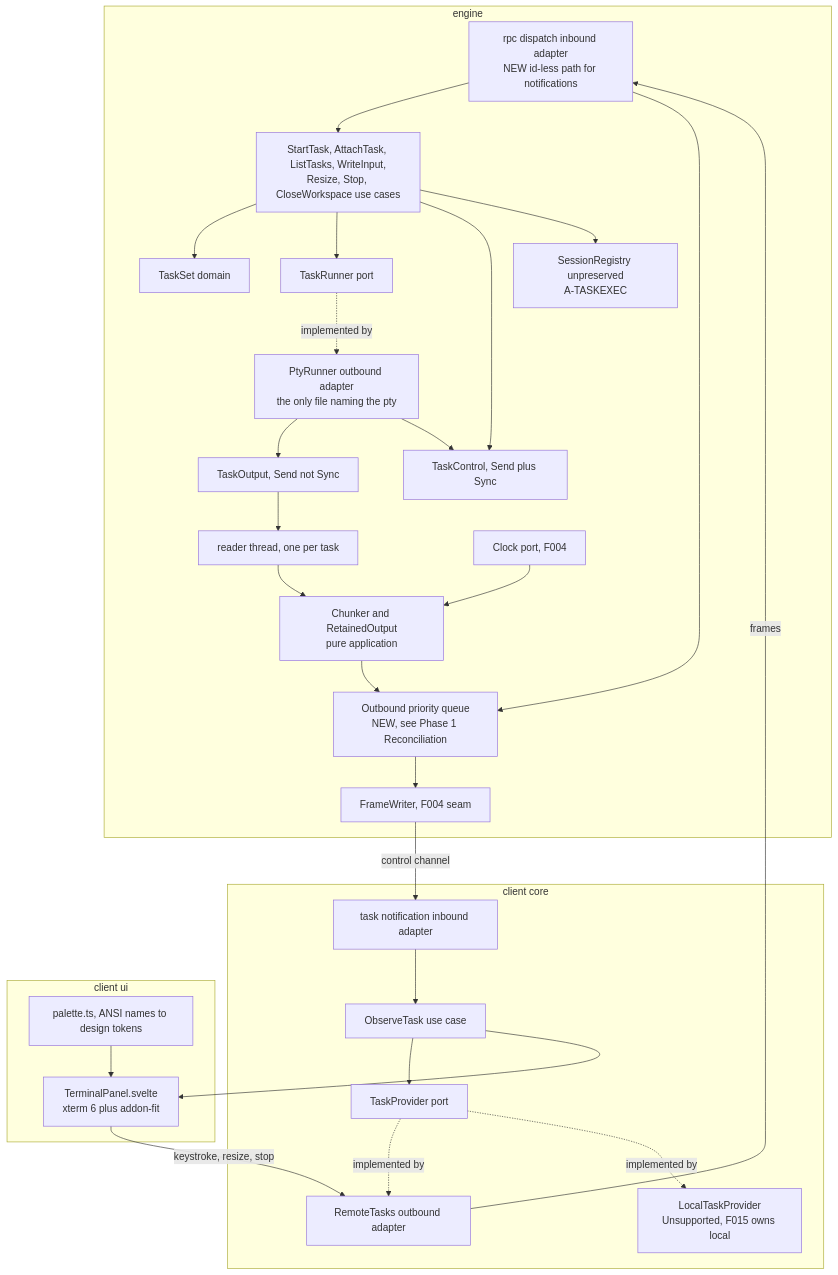
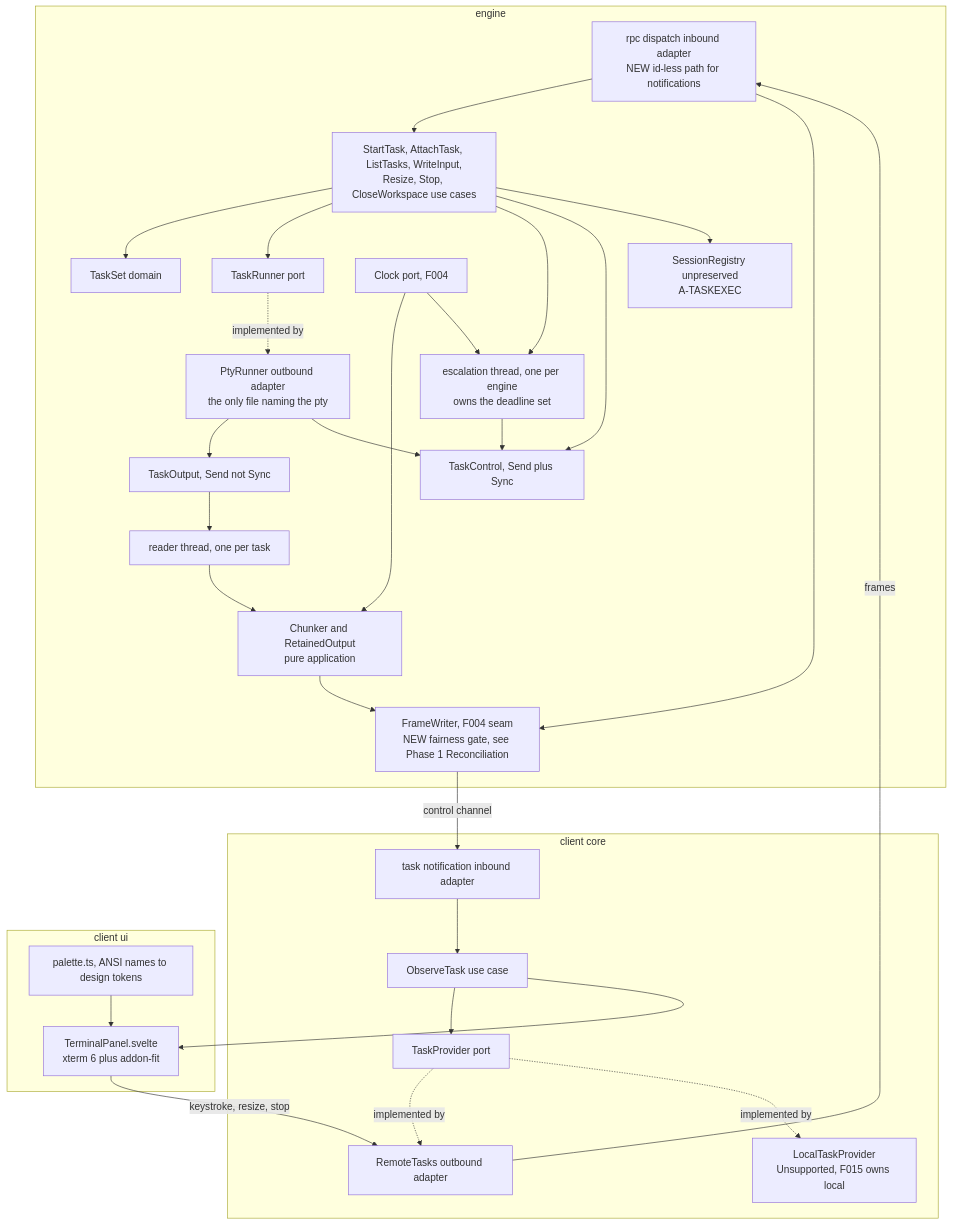
The second of 5 diagrams in specs/007-execution-terminals/architecture.md (nbugash/project-apex), drawn with Mermaid before and after one commit. The commit also changed other lines of this file and 9 other files, not shown here.

````diff
--- a/specs/007-execution-terminals/architecture.md
+++ b/specs/007-execution-terminals/architecture.md
@@ -60,52 +60,54 @@
 ```mermaid
 flowchart TD
     subgraph eng[engine]
         rpc[rpc dispatch inbound adapter<br/>NEW id-less path for notifications]
         uc[StartTask, AttachTask, ListTasks, WriteInput,<br/>Resize, Stop, CloseWorkspace use cases]
         tset[TaskSet domain]
         port[TaskRunner port]
         ptyr[PtyRunner outbound adapter<br/>the only file naming the pty]
         ctl[TaskControl, Send plus Sync]
         outh[TaskOutput, Send not Sync]
         thread[reader thread, one per task]
         chunk[Chunker and RetainedOutput<br/>pure application]
         clock[Clock port, F004]
-        queue[Outbound priority queue<br/>NEW, see Phase 1 Reconciliation]
-        writer[FrameWriter, F004 seam]
+        writer[FrameWriter, F004 seam<br/>NEW fairness gate, see Phase 1 Reconciliation]
+        esc[escalation thread, one per engine<br/>owns the deadline set]
         sess[SessionRegistry unpreserved<br/>A-TASKEXEC]
         rpc --> uc
         uc --> tset
         uc --> port
         port -.implemented by.-> ptyr
         ptyr --> outh
         ptyr --> ctl
         outh --> thread
         thread --> chunk
         clock --> chunk
-        chunk --> queue
-        rpc --> queue
-        queue --> writer
+        chunk --> writer
+        rpc --> writer
+        uc --> esc
+        esc --> ctl
+        clock --> esc
         uc --> ctl
         uc --> sess
     end
     subgraph cli[client core]
         note[task notification inbound adapter]
         obs[ObserveTask use case]
         prov[TaskProvider port]
         remote[RemoteTasks outbound adapter]
         local[LocalTaskProvider<br/>Unsupported, F015 owns local]
         note --> obs
         obs --> prov
         prov -.implemented by.-> remote
         prov -.implemented by.-> local
     end
     subgraph ui[client ui]
         tp[TerminalPanel.svelte<br/>xterm 6 plus addon-fit]
         pal[palette.ts, ANSI names to design tokens]
         pal --> tp
     end
     writer -->|control channel| note
     obs --> tp
     tp -->|keystroke, resize, stop| remote
     remote -->|frames| rpc
 ```
````
